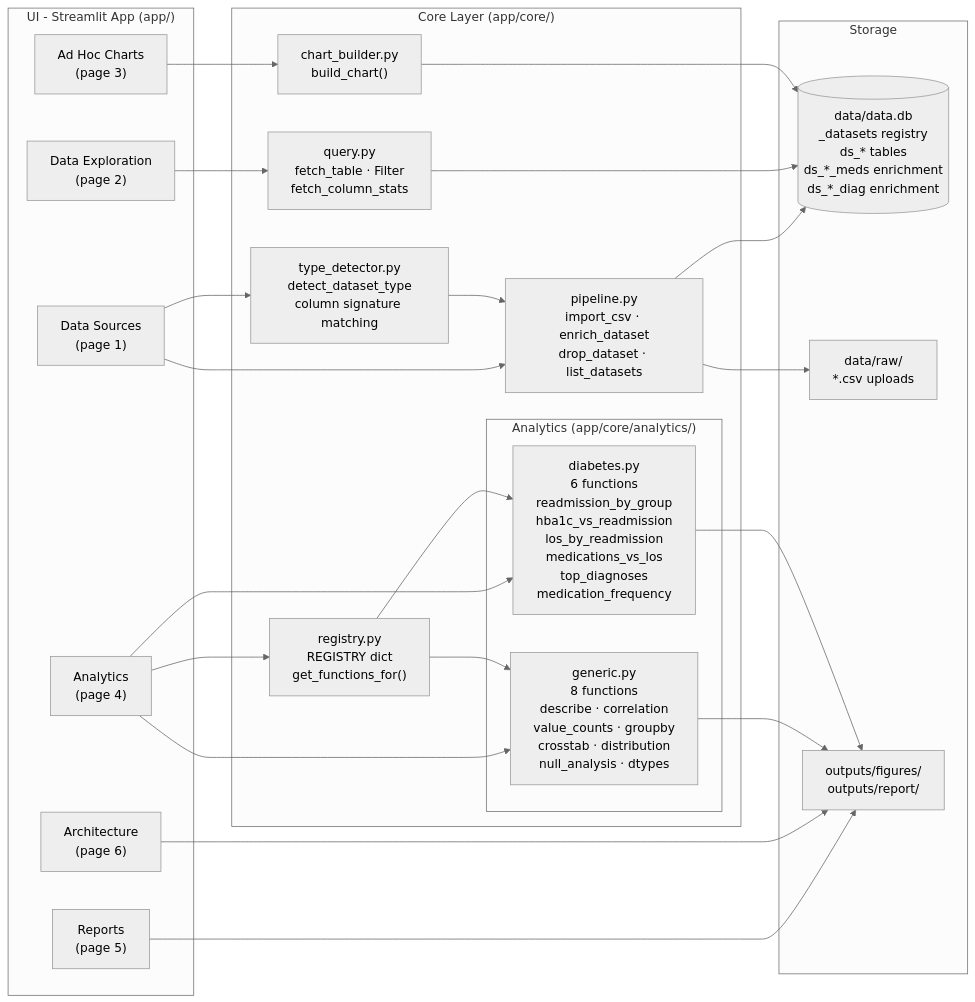
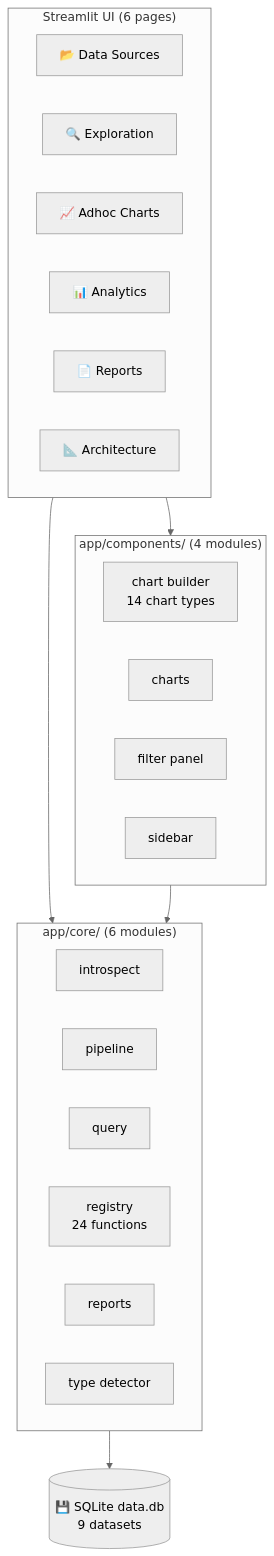
One commit to lukaszpaciorkowski/alk_projektsemestralny2 changed the diagram in docs/diagrams/app_architecture.mmd. Above: the diagram before and after it, drawn with Mermaid (neutral theme). The commit also changed 7 other files, not shown here.

First line of the commit message:
feat: on-demand diagram generation, full ER columns, sanitise column names

```diff
--- a/docs/diagrams/app_architecture.mmd
+++ b/docs/diagrams/app_architecture.mmd
@@ -1,45 +1,32 @@
-graph LR
-    subgraph UI ["UI - Streamlit App (app/)"]
-        P1["Data Sources\n(page 1)"]
-        P2["Data Exploration\n(page 2)"]
-        P3["Ad Hoc Charts\n(page 3)"]
-        P4["Analytics\n(page 4)"]
-        P5["Reports\n(page 5)"]
-        P6["Architecture\n(page 6)"]
-    end
-    subgraph Core ["Core Layer (app/core/)"]
-        PL["pipeline.py\nimport_csv · enrich_dataset\ndrop_dataset · list_datasets"]
-        TD["type_detector.py\ndetect_dataset_type\ncolumn signature matching"]
-        RG["registry.py\nREGISTRY dict\nget_functions_for()"]
-        QY["query.py\nfetch_table · Filter\nfetch_column_stats"]
-        CB["chart_builder.py\nbuild_chart()"]
-        subgraph Analytics ["Analytics (app/core/analytics/)"]
-            GA["generic.py\n8 functions\ndescribe · correlation\nvalue_counts · groupby\ncrosstab · distribution\nnull_analysis · dtypes"]
-            DA["diabetes.py\n6 functions\nreadmission_by_group\nhba1c_vs_readmission\nlos_by_readmission\nmedications_vs_los\ntop_diagnoses\nmedication_frequency"]
-        end
-    end
-    subgraph Storage ["Storage"]
-        DB[("data/data.db\n_datasets registry\nds_* tables\nds_*_meds enrichment\nds_*_diag enrichment")]
-        CSV["data/raw/\n*.csv uploads"]
-        OUT["outputs/figures/\noutputs/report/"]
+flowchart TD
+    subgraph UI["Streamlit UI (6 pages)"]
+        V0["📂 Data Sources"]
+        V1["🔍 Exploration"]
+        V2["📈 Adhoc Charts"]
+        V3["📊 Analytics"]
+        V4["📄 Reports"]
+        V5["📐 Architecture"]
     end
 
-    P1 --> PL
-    P1 --> TD
-    P2 --> QY
-    P3 --> CB
-    P4 --> RG
-    P4 --> GA
-    P4 --> DA
-    P5 --> OUT
-    P6 --> OUT
+    subgraph Components["app/components/ (4 modules)"]
+        C0["chart builder<br/>14 chart types"]
+        C1["charts"]
+        C2["filter panel"]
+        C3["sidebar"]
+    end
 
-    PL --> DB
-    PL --> CSV
-    TD --> PL
-    RG --> GA
-    RG --> DA
-    QY --> DB
-    CB --> DB
-    GA --> OUT
-    DA --> OUT
+    subgraph Core["app/core/ (6 modules)"]
+        K0["introspect"]
+        K1["pipeline"]
+        K2["query"]
+        K3["registry<br/>24 functions"]
+        K4["reports"]
+        K5["type detector"]
+    end
+
+    DB[("💾 SQLite data.db<br/>9 datasets")]
+
+    UI --> Components
+    UI --> Core
+    Core --> DB
+    Components --> Core
```
